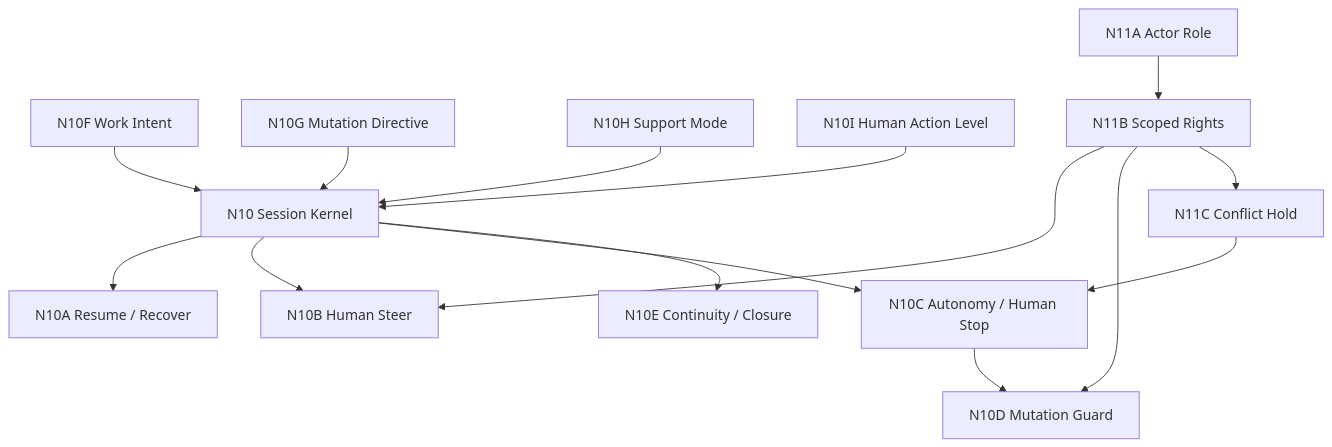
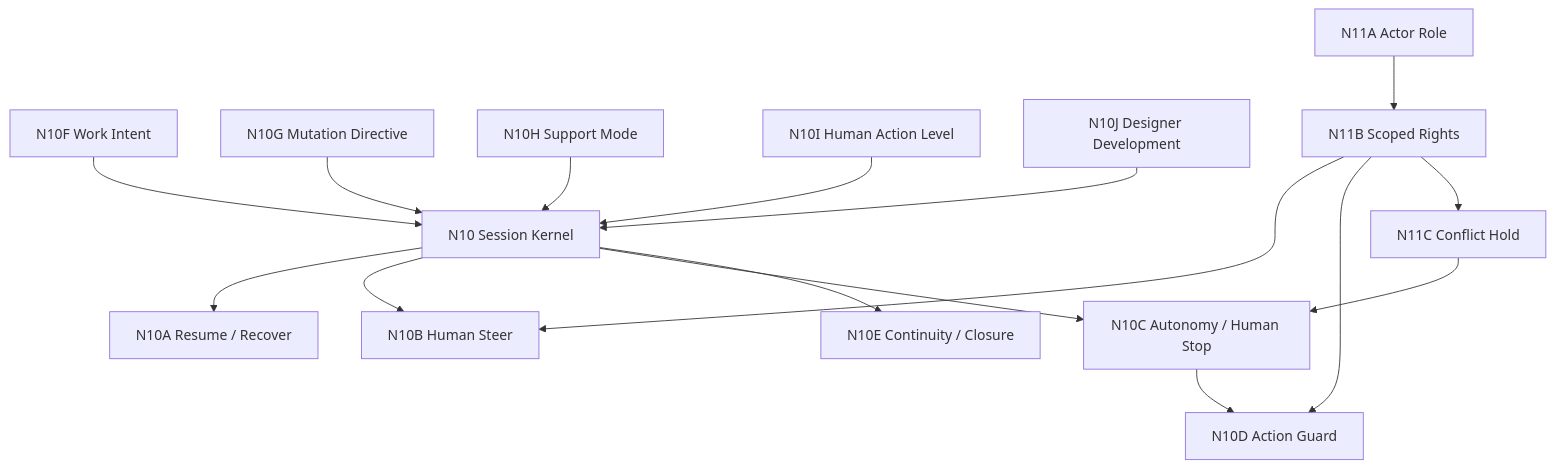
One commit to Jiaosong/Design changed the diagram in product-docs/v0.3/maps/M14_KERNEL_AUTHORITY_DETAIL.md. Above: the diagram before and after it, drawn with Mermaid. The commit also changed other lines of this file and 71 other files, not shown here.

````diff
--- a/product-docs/v0.3/maps/M14_KERNEL_AUTHORITY_DETAIL.md
+++ b/product-docs/v0.3/maps/M14_KERNEL_AUTHORITY_DETAIL.md
@@ -9,17 +9,18 @@
 ```mermaid
 flowchart TB
     WI[N10F Work Intent] --> K[N10 Session Kernel]
     MD[N10G Mutation Directive] --> K
     SM[N10H Support Mode] --> K
     HA[N10I Human Action Level] --> K
     K --> RR[N10A Resume / Recover]
     K --> HS[N10B Human Steer]
     K --> AS[N10C Autonomy / Human Stop]
-    AS --> MG[N10D Mutation Guard]
+    AS --> MG[N10D Action Guard]
+    DD[N10J Designer Development] --> K
     K --> CC[N10E Continuity / Closure]
     AR[N11A Actor Role] --> SR[N11B Scoped Rights]
     SR --> HS
     SR --> MG
     SR --> CH[N11C Conflict Hold]
     CH --> AS
 ```
````
